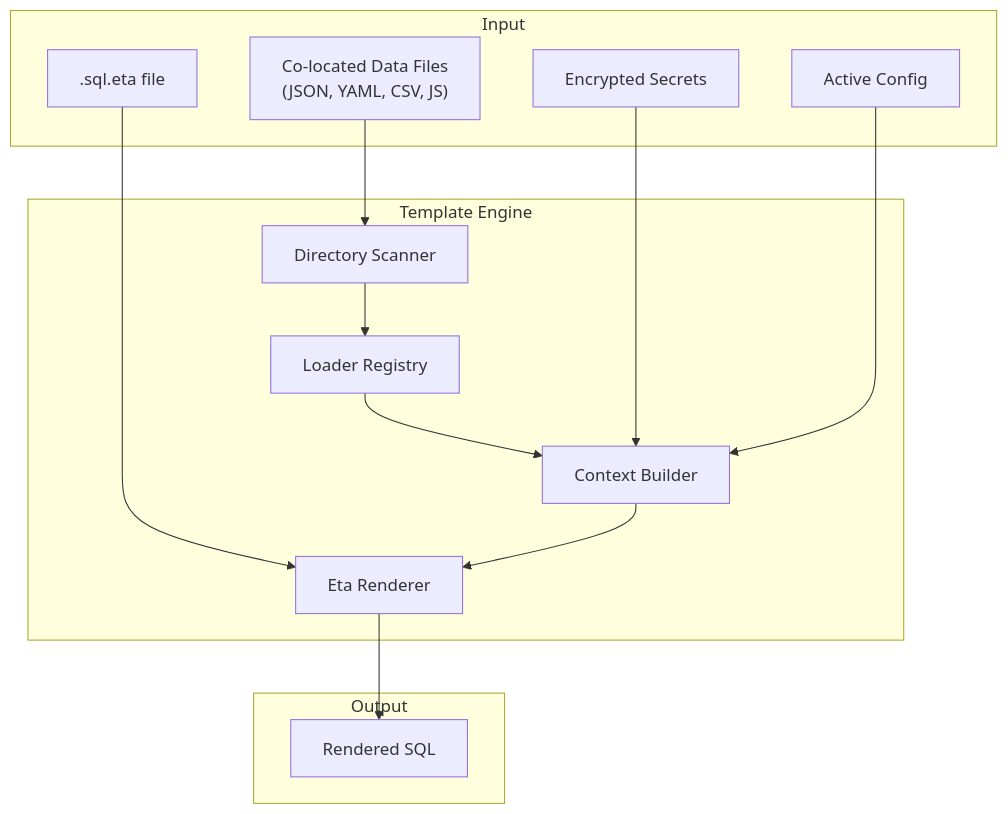
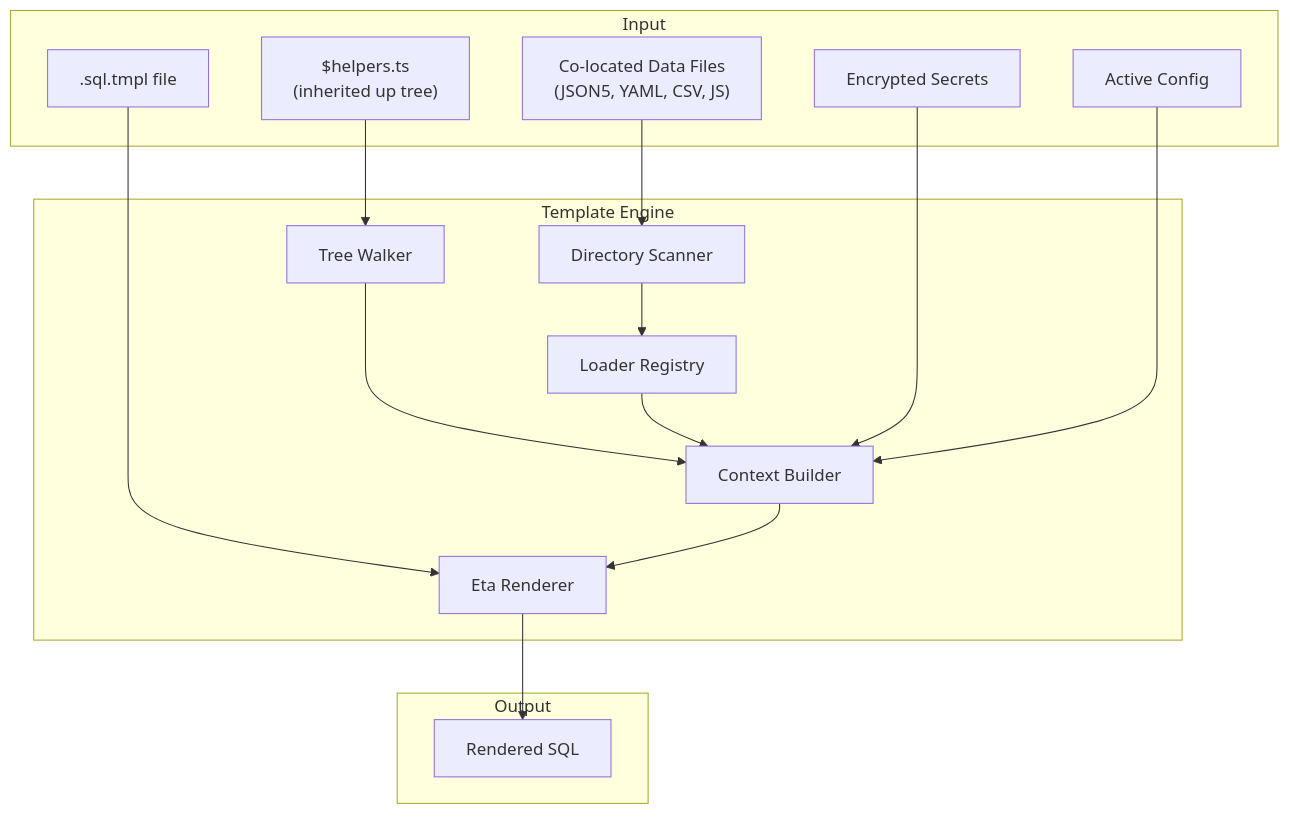
Before and after one commit to noormdev/noorm: the first of 2 diagrams in plan/template.md, drawn with Mermaid. The commit also changed other lines of this file and 32 other files, not shown here.

````diff
--- a/plan/template.md
+++ b/plan/template.md
@@ -28,29 +31,33 @@
 ```mermaid
 graph TB
     subgraph Input
-        SQL[".sql.eta file"]
-        DATA["Co-located Data Files<br/>(JSON, YAML, CSV, JS)"]
+        SQL[".sql.tmpl file"]
+        HELPERS["$helpers.ts<br/>(inherited up tree)"]
+        DATA["Co-located Data Files<br/>(JSON5, YAML, CSV, JS)"]
         SECRETS["Encrypted Secrets"]
         CONFIG["Active Config"]
     end
 
     subgraph "Template Engine"
+        TREE["Tree Walker"]
         SCAN["Directory Scanner"]
         LOADER["Loader Registry"]
         CTX["Context Builder"]
         ETA["Eta Renderer"]
     end
 
     subgraph Output
         RENDERED["Rendered SQL"]
     end
 
     SQL --> ETA
+    HELPERS --> TREE
+    TREE --> CTX
     DATA --> SCAN
     SCAN --> LOADER
     LOADER --> CTX
     SECRETS --> CTX
     CONFIG --> CTX
     CTX --> ETA
     ETA --> RENDERED
 ```
````
